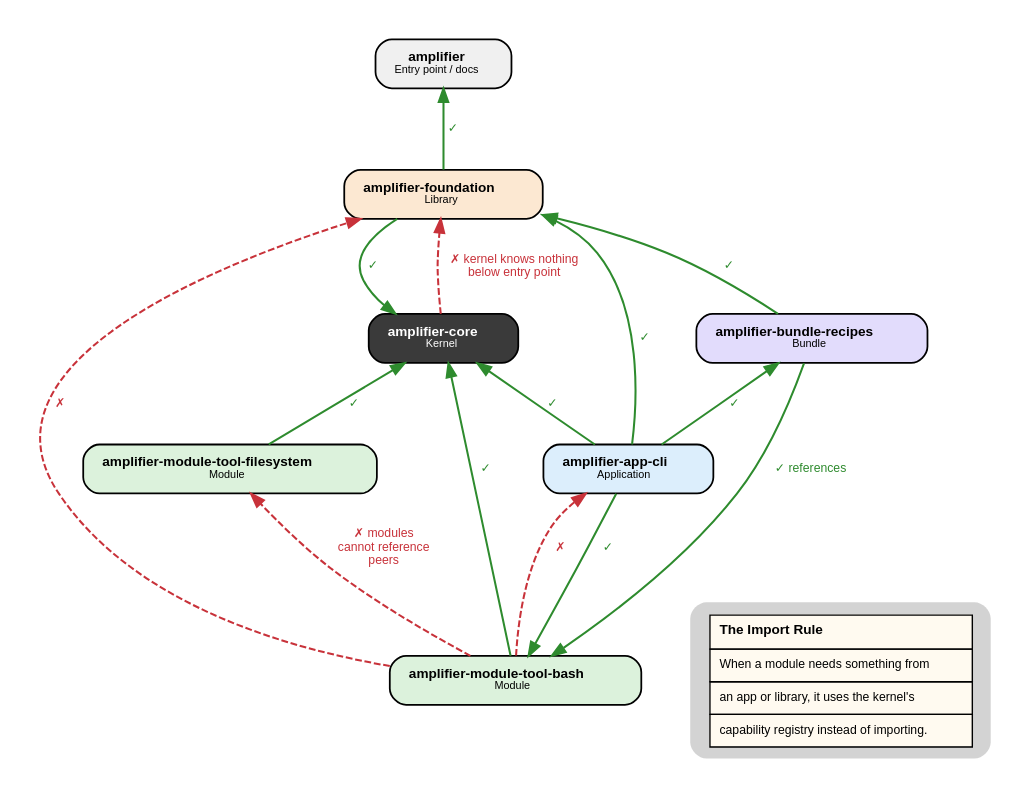
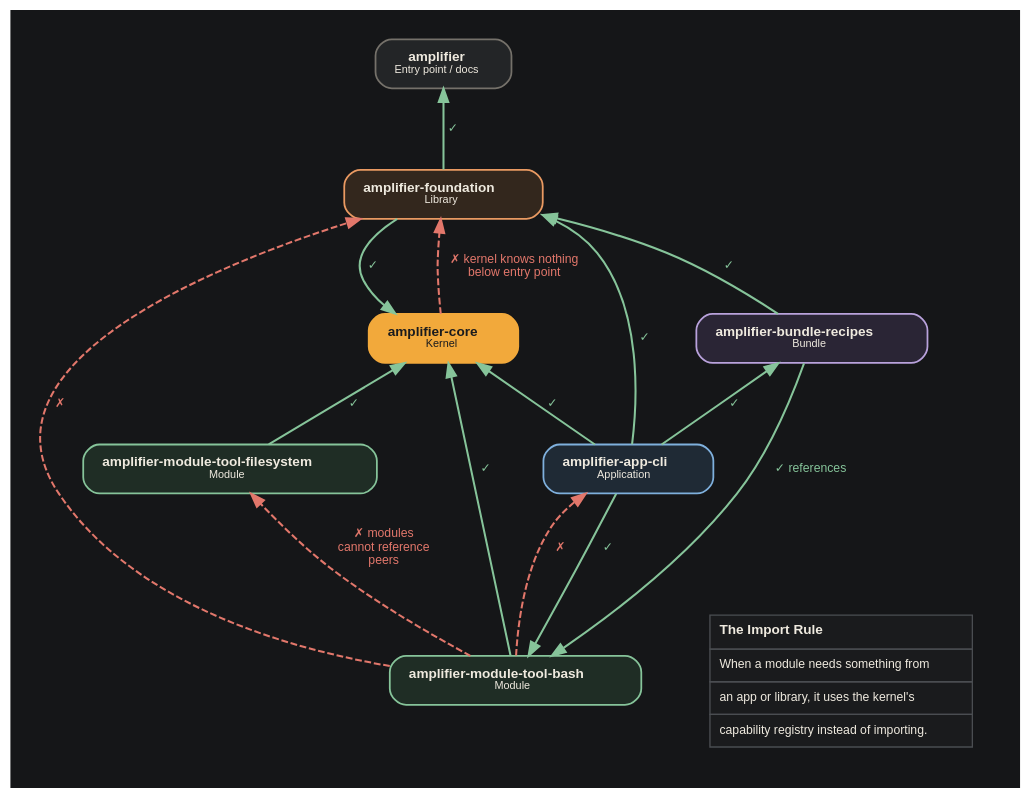
The diagram in assets/diagrams/dependency-rules.dot (michaeljabbour/amplifier-dx), drawn with Graphviz before and after one commit. The commit also changed 24 other files, not shown here.

Commit message:
feat(diagrams): restyle diagrams to the site palette and rebuild the external-app diagram

```diff
--- a/assets/diagrams/dependency-rules.dot
+++ b/assets/diagrams/dependency-rules.dot
@@ -1,73 +1,81 @@
 /*
  * Amplifier Repository Dependency Rules
  *
  * Source: github.com/microsoft/amplifier/docs/REPOSITORY_RULES.md
  *
  * Green = allowed. Red = forbidden.
  * Modules depend ONLY on the kernel; never on peers or higher layers.
  */
 digraph DependencyRules {
     rankdir=BT;
-    bgcolor="white";
+    bgcolor="#151618";
+    fontname="Helvetica";
+    fontcolor="#cdc8bc";
     pad=0.3;
     nodesep=0.5;
     ranksep=0.7;
 
     node [
         shape=box,
+        fontcolor="#efeadf",
+        color="#4a4d51",
+        fillcolor="#232527",
         style="filled,rounded",
         fontname="Helvetica",
         fontsize=10,
         margin="0.2,0.12",
         penwidth=1.3
     ];
 
     edge [
+        color="#75716a",
         fontname="Helvetica",
+        fontcolor="#9b968b",
         fontsize=9,
         penwidth=1.5
     ];
 
     // === REPO TYPES ===
-    kernel [label=<<B>amplifier-core</B><BR/><FONT POINT-SIZE="8">Kernel</FONT>>, fillcolor="#3a3a3a", fontcolor="white"];
-    entry  [label=<<B>amplifier</B><BR/><FONT POINT-SIZE="8">Entry point / docs</FONT>>, fillcolor="#f0f0f0"];
-    foundation [label=<<B>amplifier-foundation</B><BR/><FONT POINT-SIZE="8">Library</FONT>>, fillcolor="#fce8d2"];
+    kernel [label=<<B>amplifier-core</B><BR/><FONT POINT-SIZE="8">Kernel</FONT>>, fillcolor="#f2a93b", color="#f2a93b", fontcolor="#1a1b1d"];
+    entry  [label=<<B>amplifier</B><BR/><FONT POINT-SIZE="8">Entry point / docs</FONT>>, fillcolor="#232527", color="#75716a"];
+    foundation [label=<<B>amplifier-foundation</B><BR/><FONT POINT-SIZE="8">Library</FONT>>, fillcolor="#33271d", color="#ea9a62"];
 
-    module_a [label=<<B>amplifier-module-tool-bash</B><BR/><FONT POINT-SIZE="8">Module</FONT>>, fillcolor="#dcf2dc"];
-    module_b [label=<<B>amplifier-module-tool-filesystem</B><BR/><FONT POINT-SIZE="8">Module</FONT>>, fillcolor="#dcf2dc"];
+    module_a [label=<<B>amplifier-module-tool-bash</B><BR/><FONT POINT-SIZE="8">Module</FONT>>, fillcolor="#1f2d25", color="#86c49a"];
+    module_b [label=<<B>amplifier-module-tool-filesystem</B><BR/><FONT POINT-SIZE="8">Module</FONT>>, fillcolor="#1f2d25", color="#86c49a"];
 
-    bundle [label=<<B>amplifier-bundle-recipes</B><BR/><FONT POINT-SIZE="8">Bundle</FONT>>, fillcolor="#e2dcfc"];
-    app    [label=<<B>amplifier-app-cli</B><BR/><FONT POINT-SIZE="8">Application</FONT>>, fillcolor="#dceefc"];
+    bundle [label=<<B>amplifier-bundle-recipes</B><BR/><FONT POINT-SIZE="8">Bundle</FONT>>, fillcolor="#2a2535", color="#b9a2dc"];
+    app    [label=<<B>amplifier-app-cli</B><BR/><FONT POINT-SIZE="8">Application</FONT>>, fillcolor="#1f2a35", color="#7fb0dd"];
 
     // === ALLOWED EDGES (green) ===
-    foundation -> kernel [color="#2e8b2e", label=" ✓ ", fontcolor="#2e8b2e"];
-    foundation -> entry  [color="#2e8b2e", label=" ✓ ", fontcolor="#2e8b2e"];
+    foundation -> kernel [color="#86c49a", label=" ✓ ", fontcolor="#86c49a"];
+    foundation -> entry  [color="#86c49a", label=" ✓ ", fontcolor="#86c49a"];
 
-    module_a -> kernel [color="#2e8b2e", label=" ✓ ", fontcolor="#2e8b2e"];
-    module_b -> kernel [color="#2e8b2e", label=" ✓ ", fontcolor="#2e8b2e"];
+    module_a -> kernel [color="#86c49a", label=" ✓ ", fontcolor="#86c49a"];
+    module_b -> kernel [color="#86c49a", label=" ✓ ", fontcolor="#86c49a"];
 
-    bundle -> foundation [color="#2e8b2e", label=" ✓ ", fontcolor="#2e8b2e"];
-    bundle -> module_a   [color="#2e8b2e", label=" ✓ references ", fontcolor="#2e8b2e"];
+    bundle -> foundation [color="#86c49a", label=" ✓ ", fontcolor="#86c49a"];
+    bundle -> module_a   [color="#86c49a", label=" ✓ references ", fontcolor="#86c49a"];
 
-    app -> foundation [color="#2e8b2e", label=" ✓ ", fontcolor="#2e8b2e"];
-    app -> bundle     [color="#2e8b2e", label=" ✓ ", fontcolor="#2e8b2e"];
-    app -> module_a   [color="#2e8b2e", label=" ✓ ", fontcolor="#2e8b2e"];
-    app -> kernel     [color="#2e8b2e", label=" ✓ ", fontcolor="#2e8b2e"];
+    app -> foundation [color="#86c49a", label=" ✓ ", fontcolor="#86c49a"];
+    app -> bundle     [color="#86c49a", label=" ✓ ", fontcolor="#86c49a"];
+    app -> module_a   [color="#86c49a", label=" ✓ ", fontcolor="#86c49a"];
+    app -> kernel     [color="#86c49a", label=" ✓ ", fontcolor="#86c49a"];
 
     // === FORBIDDEN EDGES (red, dashed) ===
-    module_a -> module_b   [color="#c8323a", style=dashed, label=" ✗ modules\ncannot reference\npeers ", fontcolor="#c8323a"];
-    module_a -> foundation [color="#c8323a", style=dashed, label=" ✗ ", fontcolor="#c8323a"];
-    module_a -> app        [color="#c8323a", style=dashed, label=" ✗ ", fontcolor="#c8323a"];
-    kernel   -> foundation [color="#c8323a", style=dashed, label=" ✗ kernel knows nothing\nbelow entry point ", fontcolor="#c8323a"];
+    module_a -> module_b   [color="#e2776b", style=dashed, label=" ✗ modules\ncannot reference\npeers ", fontcolor="#e2776b"];
+    module_a -> foundation [color="#e2776b", style=dashed, label=" ✗ ", fontcolor="#e2776b"];
+    module_a -> app        [color="#e2776b", style=dashed, label=" ✗ ", fontcolor="#e2776b"];
+    kernel   -> foundation [color="#e2776b", style=dashed, label=" ✗ kernel knows nothing\nbelow entry point ", fontcolor="#e2776b"];
 
     // === CALLOUT ===
     note [
         shape=plaintext,
-        label=<<TABLE BORDER="0" CELLBORDER="1" CELLSPACING="0" CELLPADDING="6" BGCOLOR="#fffaf0">
+        style="",
+        label=<<TABLE BORDER="0" CELLBORDER="1" CELLSPACING="0" CELLPADDING="6" BGCOLOR="#1a1b1d" COLOR="#4a4d51">
             <TR><TD ALIGN="LEFT"><B>The Import Rule</B></TD></TR>
             <TR><TD ALIGN="LEFT"><FONT POINT-SIZE="9">When a module needs something from</FONT></TD></TR>
             <TR><TD ALIGN="LEFT"><FONT POINT-SIZE="9">an app or library, it uses the kernel's</FONT></TD></TR>
             <TR><TD ALIGN="LEFT"><FONT POINT-SIZE="9">capability registry instead of importing.</FONT></TD></TR>
         </TABLE>>
     ];
 }
```
